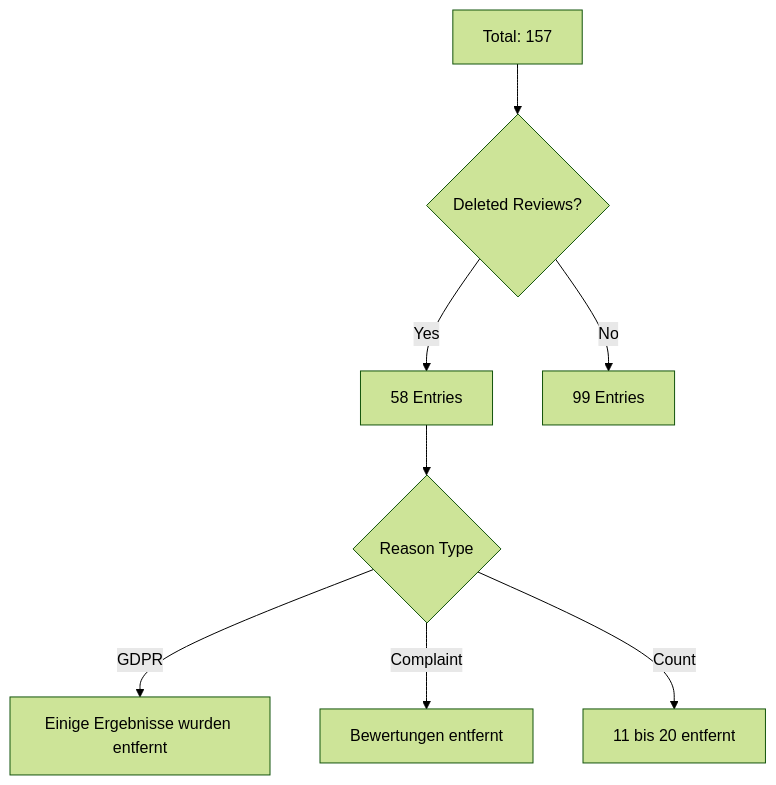
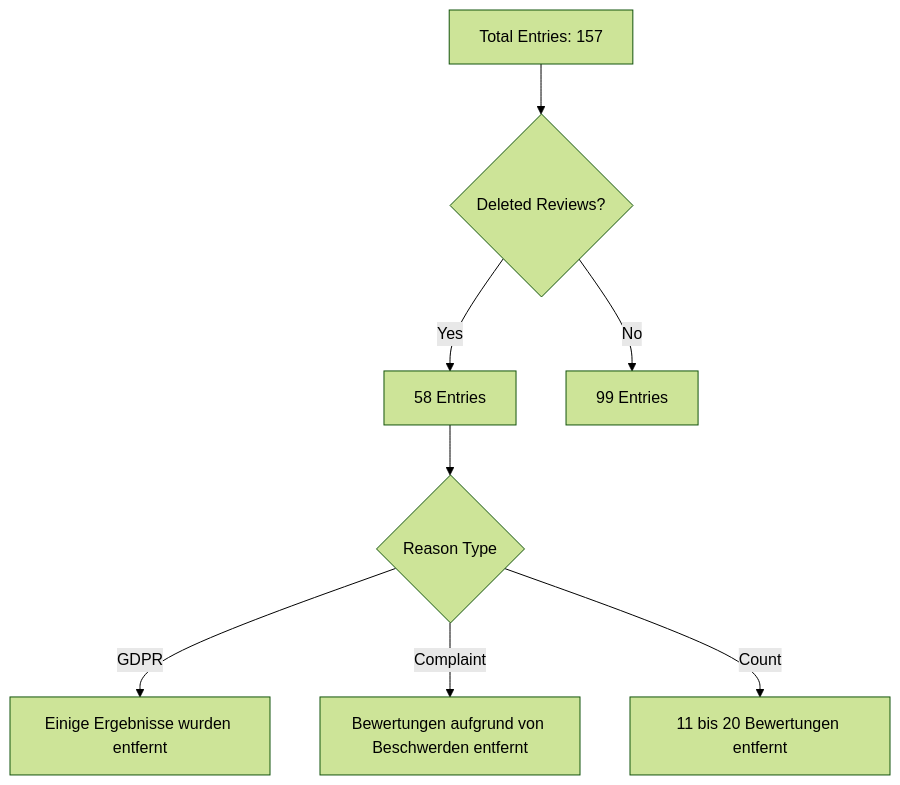
Diagram 12 of 13 in content/blog/review-proof.mdx (ModernAmusements/MA-Blog), drawn with Mermaid (forest theme) before and after one commit. The commit also changed other lines of this file and 1 other file, not shown here.

````diff
--- a/content/blog/review-proof.mdx
+++ b/content/blog/review-proof.mdx
@@ -506,10 +586,10 @@
 ```mermaid
 flowchart TD
-    A[Total: 157] --> B{Deleted Reviews?}
+    A[Total Entries: 157] --> B{Deleted Reviews?}
     B -->|Yes| C[58 Entries]
     B -->|No| D[99 Entries]
     C --> E{Reason Type}
     E -->|GDPR| F["Einige Ergebnisse wurden entfernt"]
-    E -->|Complaint| G["Bewertungen entfernt"]
-    E -->|Count| H["11 bis 20 entfernt"]
+    E -->|Complaint| G["Bewertungen aufgrund von Beschwerden entfernt"]
+    E -->|Count| H["11 bis 20 Bewertungen entfernt"]
 ```
````
